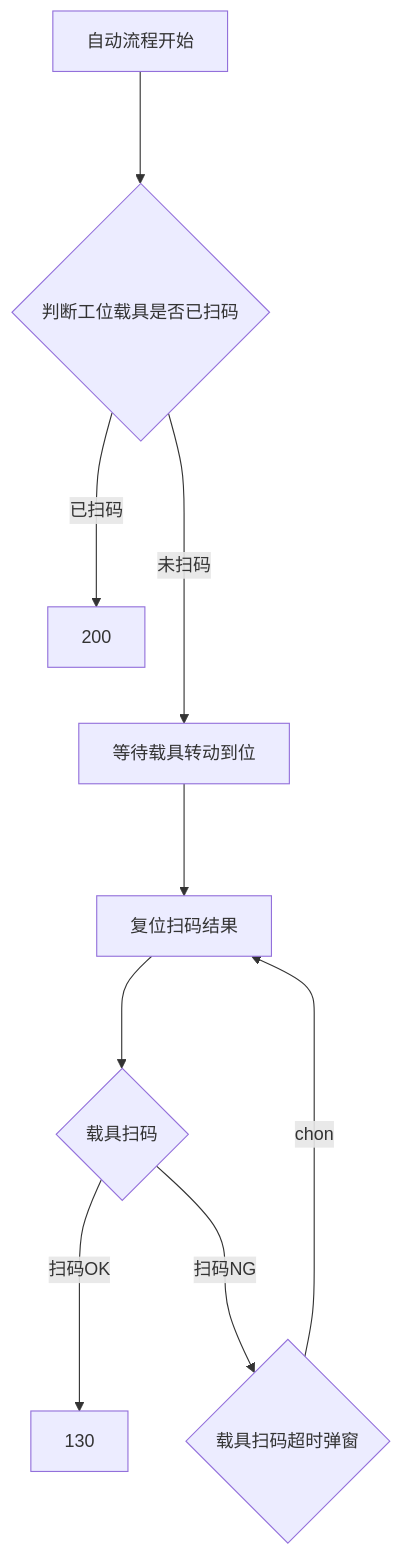
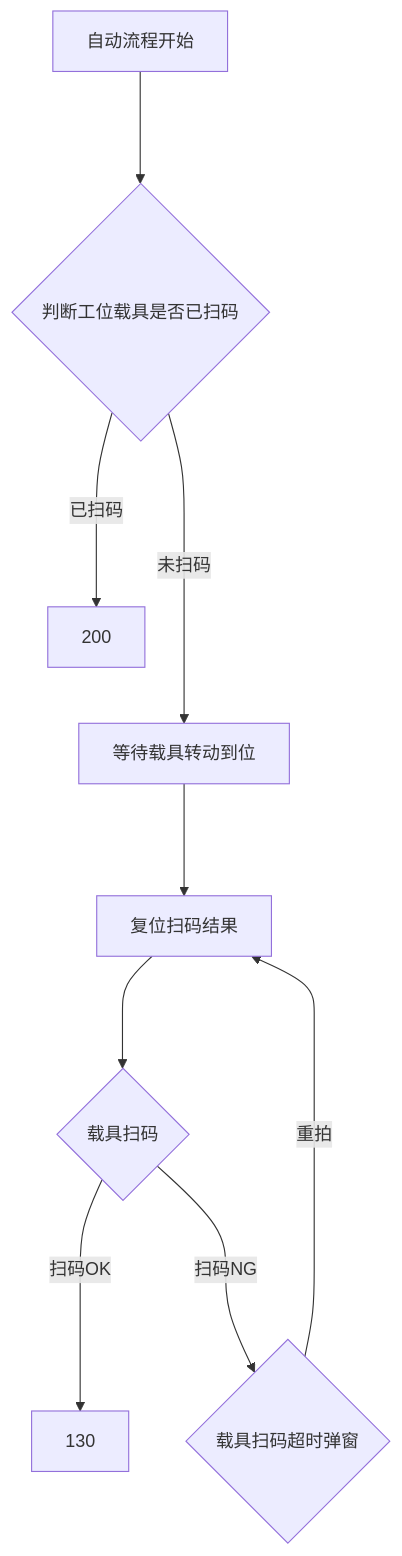
Before and after one commit to zmq000/iodraw-files: the diagram in all/OP70工位2短回流工位.md, drawn with Mermaid.

Commit message:
2026-06-17 15:55:23 update

````diff
--- a/all/OP70工位2短回流工位.md
+++ b/all/OP70工位2短回流工位.md
@@ -1,13 +1,14 @@
 ```mermaid
 graph TD
 自动流程开始--->
 10{判断工位载具是否已扫码}--->|已扫码|200
 10---->|未扫码|100
 100[等待载具转动到位]--->110
 110[复位扫码结果]--->120
 120{载具扫码}--->|扫码OK|130
 120--->|扫码NG|125
-125{载具扫码超时弹窗}--->|chon|110
+125{载具扫码超时弹窗}--->|重拍|110
+125
 
   
 ```
````
